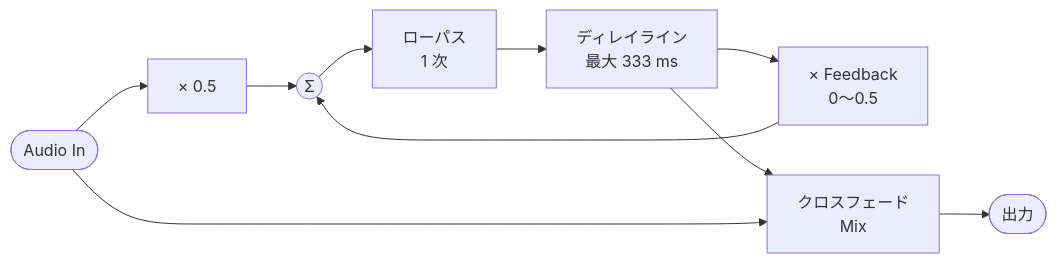
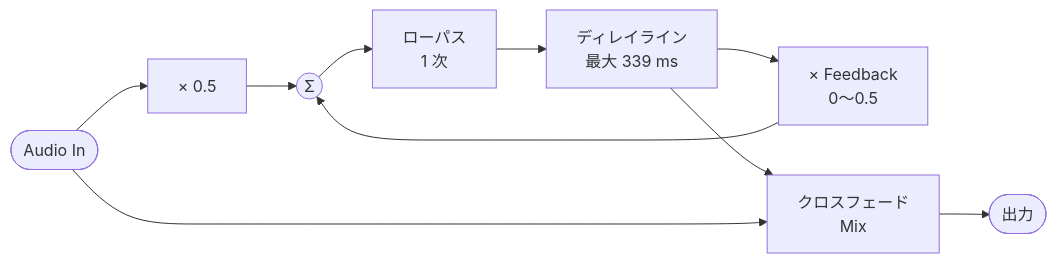
The fifth of 5 diagrams in spms1_type1/README.ja.md (risgk/midi_synthesizer_spms1), drawn with Mermaid before and after one commit. The commit also changed other lines of this file and 6 other files, not shown here.

````diff
--- a/spms1_type1/README.ja.md
+++ b/spms1_type1/README.ja.md
@@ -255,12 +255,12 @@
 ```mermaid
 flowchart LR
   IN([Audio In]) --> H["× 0.5"]
   H --> SUM((Σ))
   SUM --> LPF["ローパス<br/>1 次"]
-  LPF --> DL["ディレイライン<br/>最大 333 ms"]
+  LPF --> DL["ディレイライン<br/>最大 339 ms"]
   DL --> FB["× Feedback<br/>0〜0.5"]
   FB --> SUM
   DL --> X["クロスフェード<br/>Mix"]
   IN --> X
   X --> OUT([出力])
 ```
````
